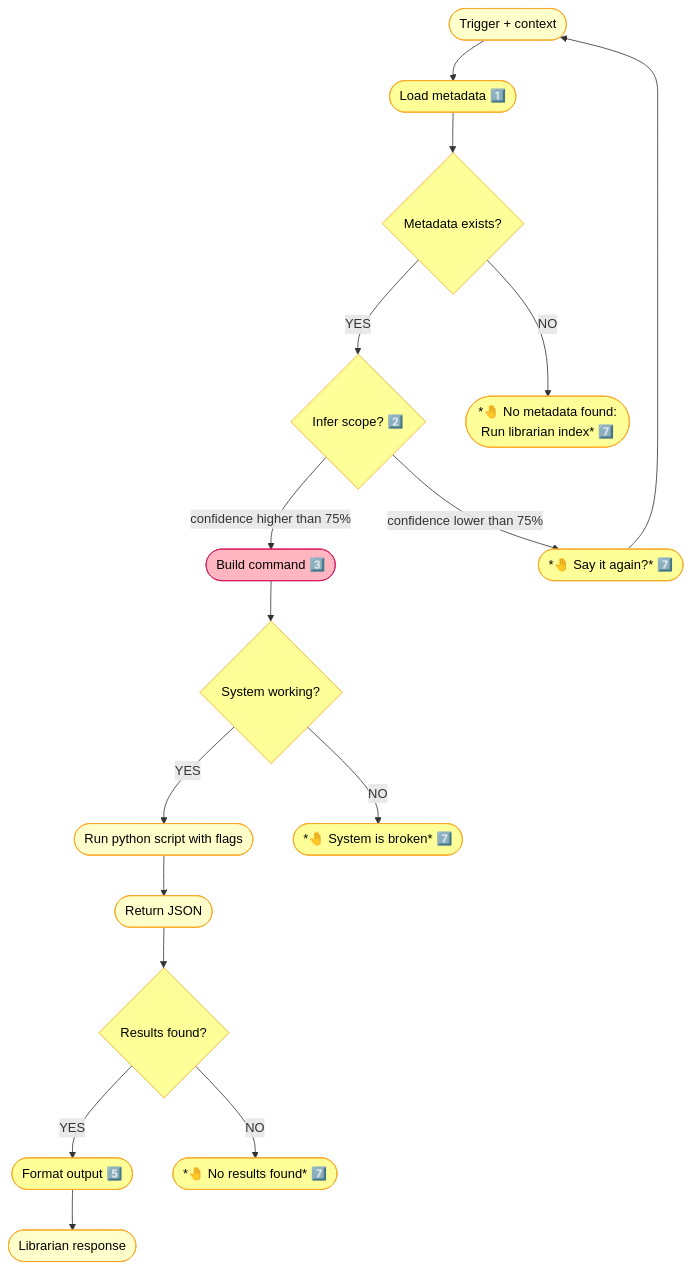
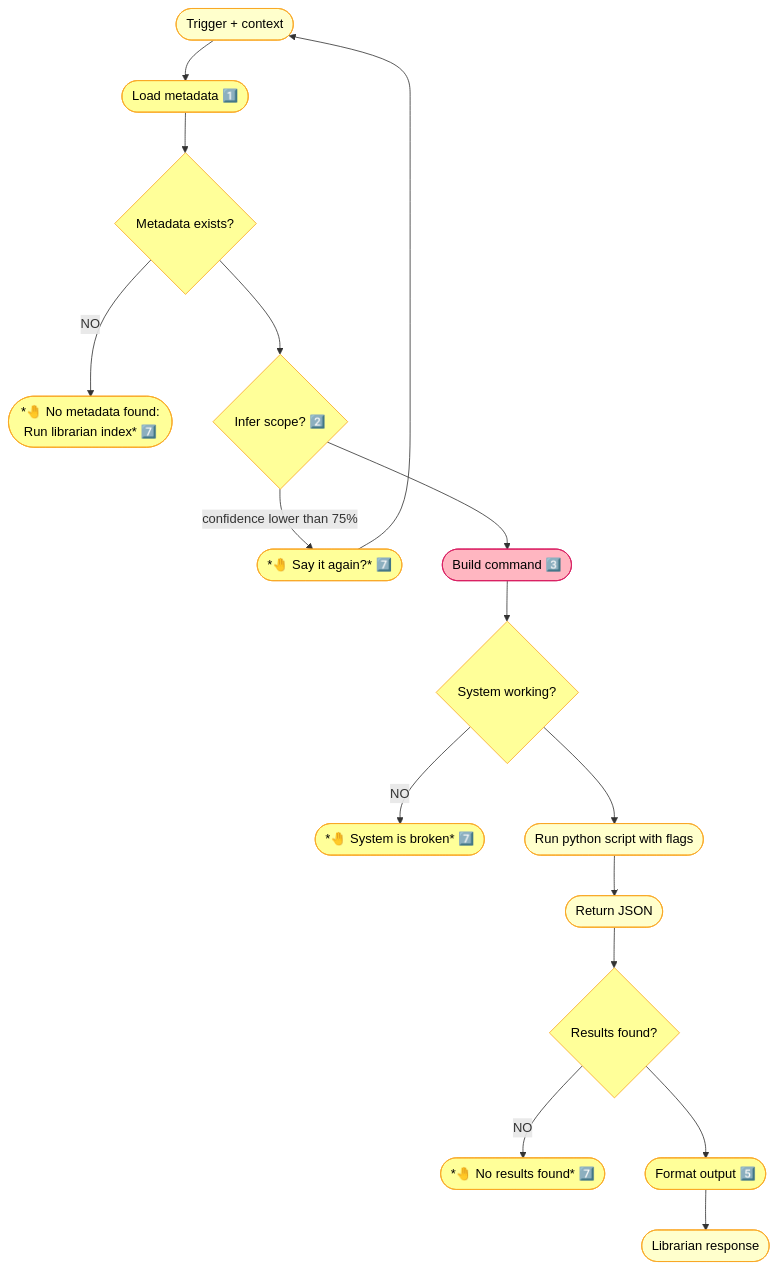
One commit to nonlinear/librarian changed the diagram in backstage/epic-notes/v0.15.0-skill-protocol.md. Above: the diagram before and after it, drawn with Mermaid.

Commit message:
arch: Happy path from BELOW diamonds (webtoon vertical flow)

````diff
--- a/backstage/epic-notes/v0.15.0-skill-protocol.md
+++ b/backstage/epic-notes/v0.15.0-skill-protocol.md
@@ -3,43 +3,43 @@
 ```mermaid
 flowchart TB
     TRIGGER(["Trigger + context"])
     TRIGGER --> METADATA(["Load metadata 1️⃣"])
     METADATA --> CHECK{"Metadata exists?"}
     
-    CHECK -->|YES| INFER{"Infer scope? 2️⃣"}
     CHECK -->|NO| ERROR(["*🤚 No metadata found:<br>Run librarian index* 7️⃣"])
+    CHECK --> INFER{"Infer scope? 2️⃣"}
     
-    INFER -->|"confidence higher than 75%"| BUILD(["Build command 3️⃣"])
     INFER -->|"confidence lower than 75%"| CLARIFY(["*🤚 Say it again?* 7️⃣"])
+    INFER --> BUILD(["Build command 3️⃣"])
     
     CLARIFY --> TRIGGER
     
     BUILD --> CHECK_SYSTEM{"System working?"}
     
-    CHECK_SYSTEM -->|YES| EXEC(["Run python script with flags"])
     CHECK_SYSTEM -->|NO| BROKEN(["*🤚 System is broken* 7️⃣"])
+    CHECK_SYSTEM --> EXEC(["Run python script with flags"])
     
     EXEC --> JSON(["Return JSON"])
     JSON --> CHECK_RESULTS{"Results found?"}
     
-    CHECK_RESULTS -->|YES| FORMAT(["Format output 5️⃣"])
     CHECK_RESULTS -->|NO| EMPTY(["*🤚 No results found* 7️⃣"])
+    CHECK_RESULTS --> FORMAT(["Format output 5️⃣"])
     
     FORMAT --> RESPONSE(["Librarian response"])
     
     style TRIGGER fill:#FFFFCC,stroke:#F9A825,color:#000
     style METADATA fill:#FFFF99,stroke:#F9A825,color:#000
     style INFER fill:#FFFF99,stroke:#F9A825,color:#000
     style CLARIFY fill:#FFFF99,stroke:#F9A825,color:#000
     style BUILD fill:#FFB6C1,stroke:#D81B60,color:#000
     style EXEC fill:#FFFFCC,stroke:#F9A825,color:#000
     style JSON fill:#FFFFCC,stroke:#F9A825,color:#000
     style FORMAT fill:#FFFF99,stroke:#F9A825,color:#000
     style RESPONSE fill:#FFFFCC,stroke:#F9A825,color:#000
     style CHECK fill:#FFFF99,stroke:#F9A825,color:#000
     style ERROR fill:#FFFF99,stroke:#F9A825,color:#000
     style CHECK_SYSTEM fill:#FFFF99,stroke:#F9A825,color:#000
     style BROKEN fill:#FFFF99,stroke:#F9A825,color:#000
     style CHECK_RESULTS fill:#FFFF99,stroke:#F9A825,color:#000
     style EMPTY fill:#FFFF99,stroke:#F9A825,color:#000
 ```
````
